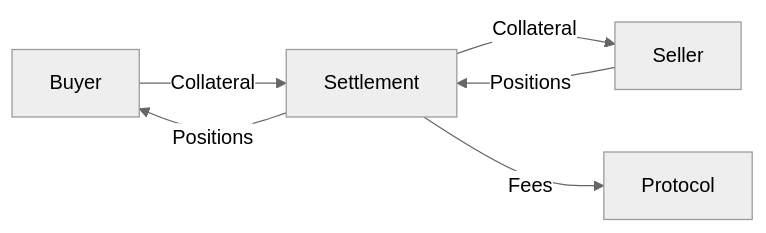
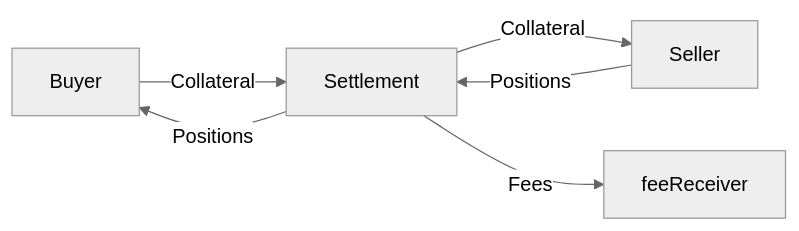
Before and after one commit to Doefin/doefin-v2: the second of 4 diagrams in docs/flows/MATCHING_MECHANISMS.md, drawn with Mermaid (neutral theme). The commit also changed other lines of this file and 8 other files, not shown here.

First line of the commit message:
docs: refresh architecture and flow docs for v3 contract state

````diff
--- a/docs/flows/MATCHING_MECHANISMS.md
+++ b/docs/flows/MATCHING_MECHANISMS.md
@@ -109,8 +111,8 @@
 ```mermaid
 graph LR
     A[Buyer] -->|Collateral| B[Settlement]
     C[Seller] -->|Positions| B
     B -->|Positions| A
     B -->|Collateral| C
-    B -->|Fees| D[Protocol]
+    B -->|Fees| D[feeReceiver]
 ```
````
